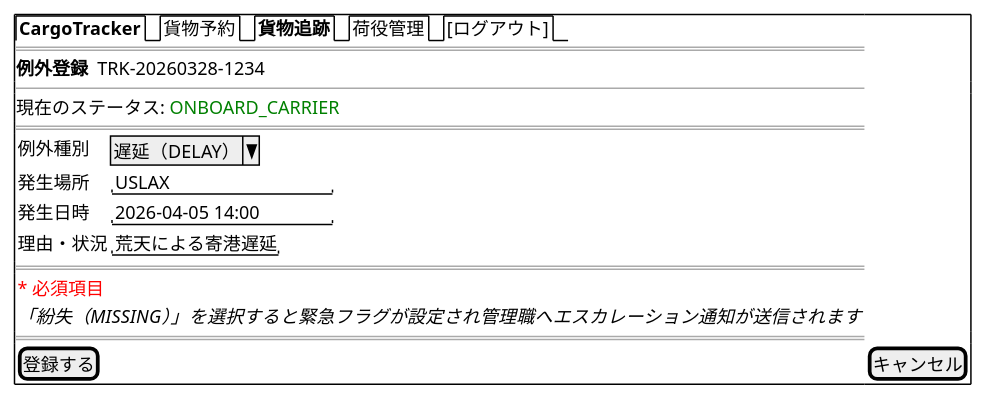
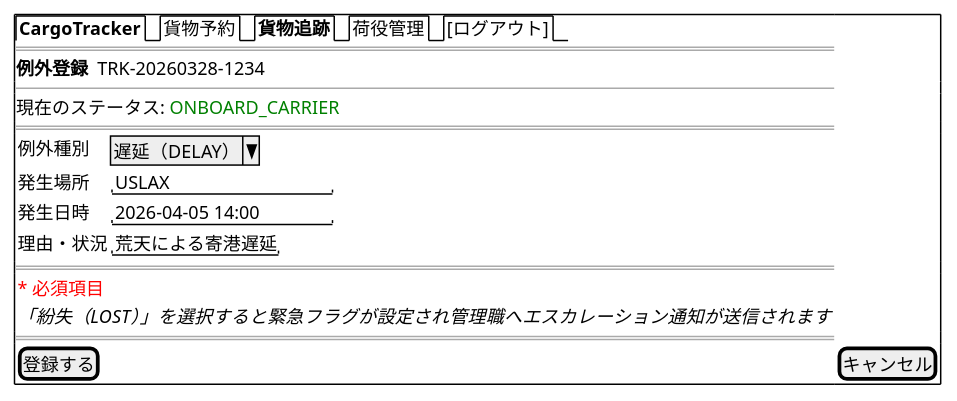
Before and after one commit to k2works/case-study-cargo-tracker: diagram 16 of 19 in docs/design/ui_design.md, drawn with PlantUML. The commit also changed other lines of this file and 3 other files, not shown here.

````diff
--- a/docs/design/ui_design.md
+++ b/docs/design/ui_design.md
@@ -918,25 +919,25 @@
 ```plantuml
 @startsalt
 {+
   {/ <b>CargoTracker</b> | 貨物予約 | <b>貨物追跡</b> | 荷役管理 | [ログアウト] }
   ==
   <b>例外登録</b>  TRK-20260328-1234
   --
   現在のステータス: <color:green>ONBOARD_CARRIER</color>
   ==
   {
     例外種別   | ^遅延（DELAY）^
     発生場所   | "USLAX             "
     発生日時   | "2026-04-05 14:00  "
     理由・状況 | "荒天による寄港遅延  "
   }
   ==
   {
     <color:red>* 必須項目</color>
-    <i>「紛失（MISSING）」を選択すると緊急フラグが設定され管理職へエスカレーション通知が送信されます</i>
+    <i>「紛失（LOST）」を選択すると緊急フラグが設定され管理職へエスカレーション通知が送信されます</i>
   }
   ==
   [登録する] | [キャンセル]
 }
 @endsalt
 ```
````
